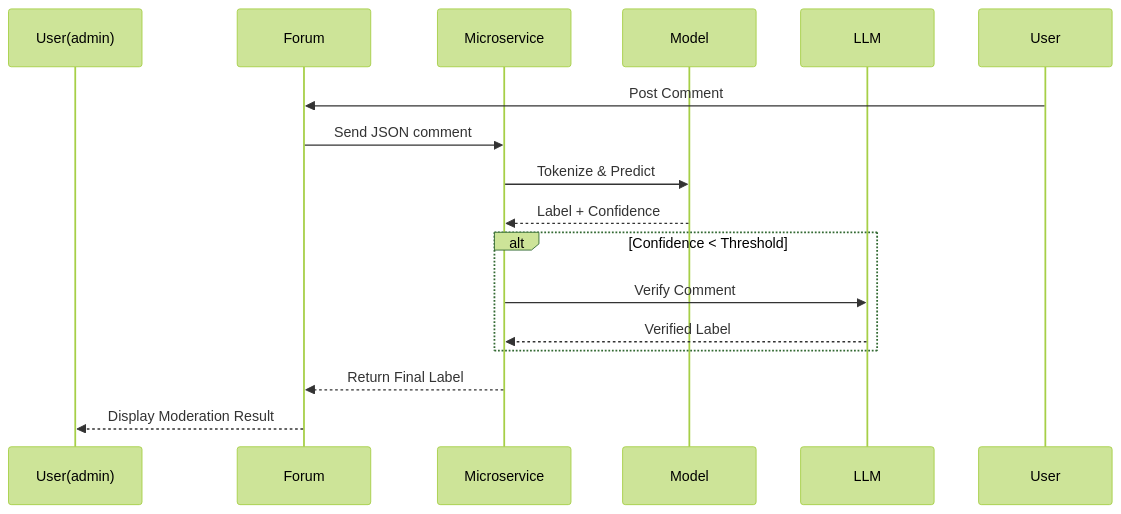
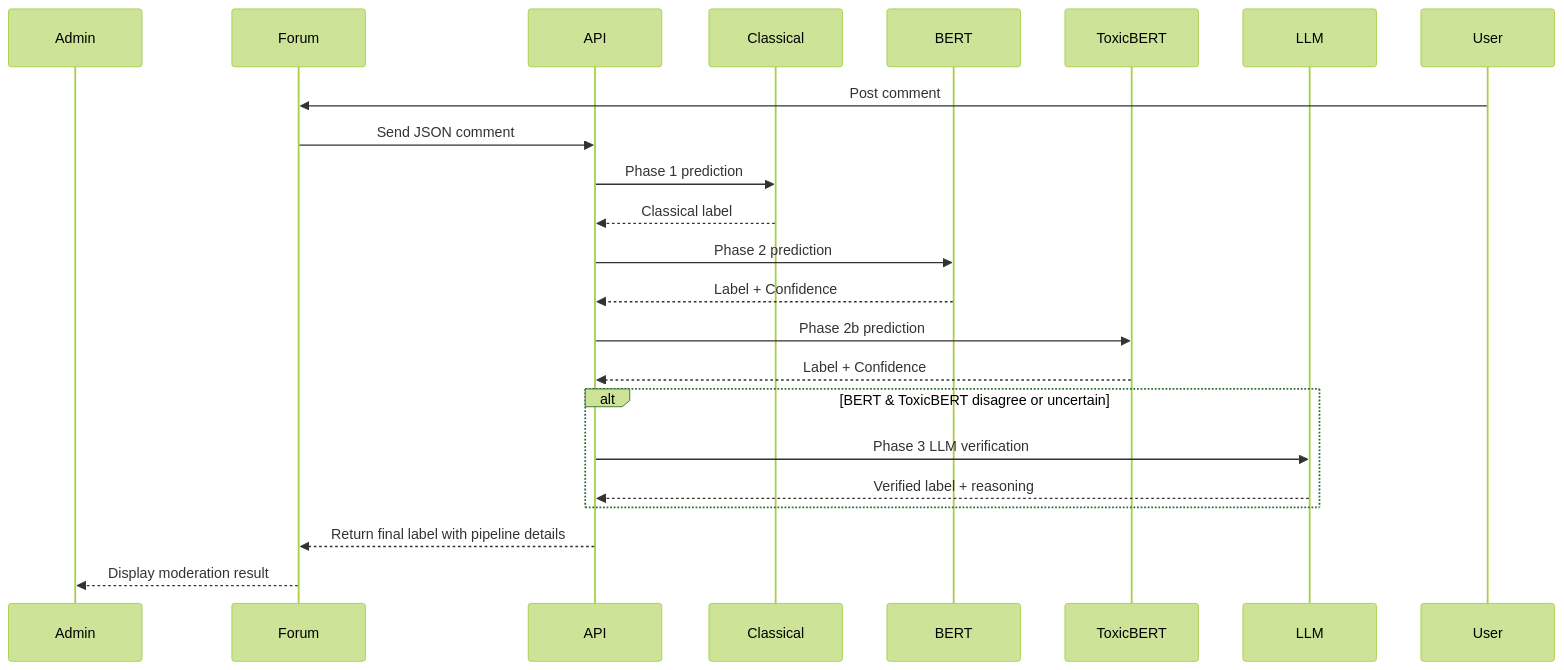
Before and after one commit to ismiljanic/SyntaxBase-moderation-microservice: the third of 5 diagrams in docs/architecture.md, drawn with Mermaid (forest theme). The commit also changed other lines of this file and 3 other files, not shown here.

````diff
--- a/docs/architecture.md
+++ b/docs/architecture.md
@@ -78,20 +99,25 @@
 ```mermaid
 sequenceDiagram
-    participant User(admin)
+    participant Admin
     participant Forum
-    participant Microservice
-    participant Model
+    participant API
+    participant Classical
+    participant BERT
+    participant ToxicBERT
     participant LLM
 
-    User->>Forum: Post Comment
-    Forum->>Microservice: Send JSON comment
-    Microservice->>Model: Tokenize & Predict
-    Model-->>Microservice: Label + Confidence
-    alt Confidence < Threshold
-        Microservice->>LLM: Verify Comment
-        LLM-->>Microservice: Verified Label
+    User->>Forum: Post comment
+    Forum->>API: Send JSON comment
+    API->>Classical: Phase 1 prediction
+    Classical-->>API: Classical label
+    API->>BERT: Phase 2 prediction
+    BERT-->>API: Label + Confidence
+    API->>ToxicBERT: Phase 2b prediction
+    ToxicBERT-->>API: Label + Confidence
+    alt BERT & ToxicBERT disagree or uncertain
+        API->>LLM: Phase 3 LLM verification
+        LLM-->>API: Verified label + reasoning
     end
-    Microservice-->>Forum: Return Final Label
-    Forum-->>User(admin): Display Moderation Result
-
+    API-->>Forum: Return final label with pipeline details
+    Forum-->>Admin: Display moderation result
 ```
````
